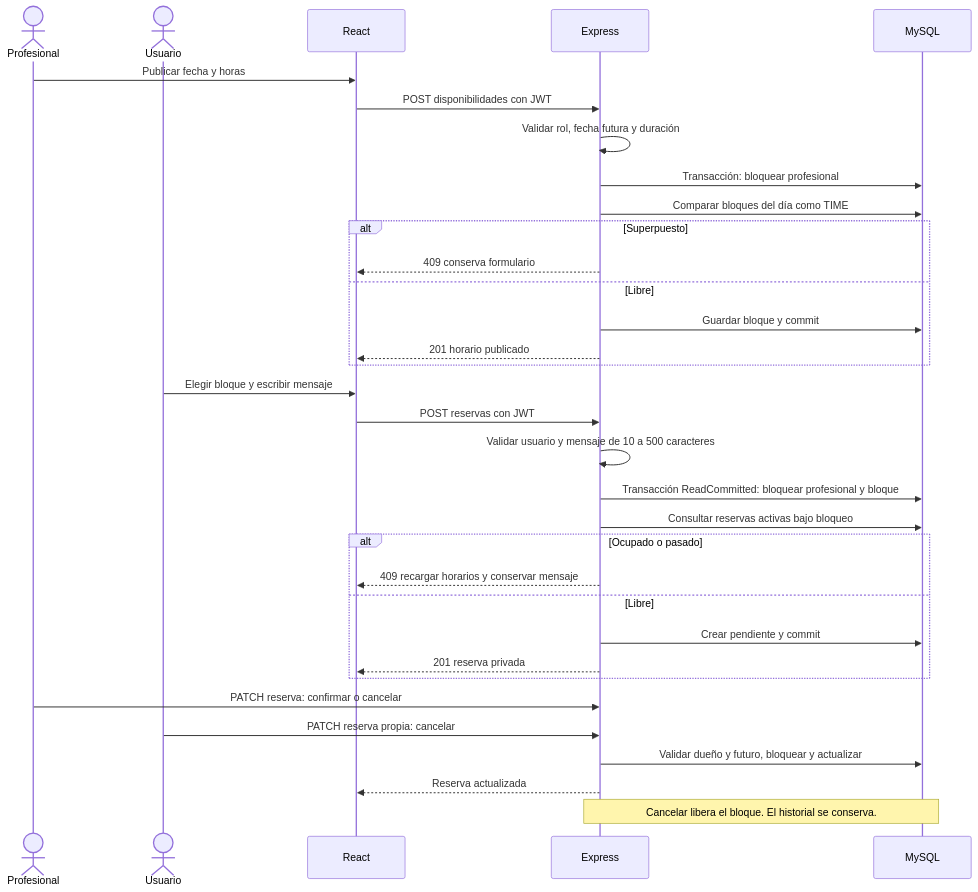
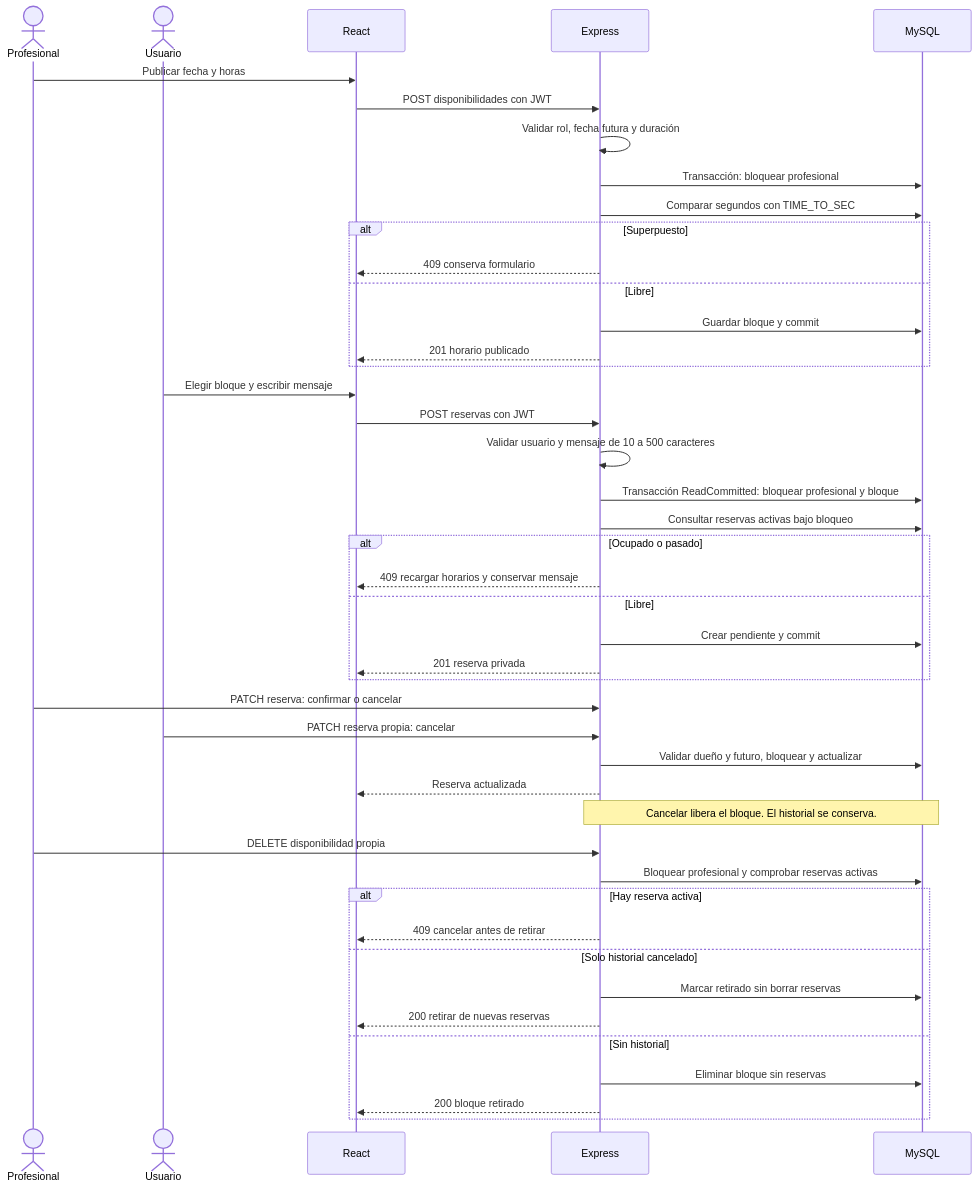
The diagram in FASE 2/Evidencias Proyecto/Evidencias de documentación/Diagramas (Miro)/Actualización Sprint 3/12_Disponibilidad_y_Reservas.mmd (rodriacr/FitSearch), drawn with Mermaid before and after one commit. The commit also changed 26 other files, not shown here.

```diff
--- a/FASE 2/Evidencias Proyecto/Evidencias de documentación/Diagramas (Miro)/Actualización Sprint 3/12_Disponibilidad_y_Reservas.mmd
+++ b/FASE 2/Evidencias Proyecto/Evidencias de documentación/Diagramas (Miro)/Actualización Sprint 3/12_Disponibilidad_y_Reservas.mmd
@@ -1,33 +1,44 @@
 sequenceDiagram
   actor P as Profesional
   actor U as Usuario
   participant F as React
   participant A as Express
   participant D as MySQL
   P->>F: Publicar fecha y horas
   F->>A: POST disponibilidades con JWT
   A->>A: Validar rol, fecha futura y duración
   A->>D: Transacción: bloquear profesional
-  A->>D: Comparar bloques del día como TIME
+  A->>D: Comparar segundos con TIME_TO_SEC
   alt Superpuesto
     A-->>F: 409 conserva formulario
   else Libre
     A->>D: Guardar bloque y commit
     A-->>F: 201 horario publicado
   end
   U->>F: Elegir bloque y escribir mensaje
   F->>A: POST reservas con JWT
   A->>A: Validar usuario y mensaje de 10 a 500 caracteres
   A->>D: Transacción ReadCommitted: bloquear profesional y bloque
   A->>D: Consultar reservas activas bajo bloqueo
   alt Ocupado o pasado
     A-->>F: 409 recargar horarios y conservar mensaje
   else Libre
     A->>D: Crear pendiente y commit
     A-->>F: 201 reserva privada
   end
   P->>A: PATCH reserva: confirmar o cancelar
   U->>A: PATCH reserva propia: cancelar
   A->>D: Validar dueño y futuro, bloquear y actualizar
   A-->>F: Reserva actualizada
   Note over A,D: Cancelar libera el bloque. El historial se conserva.
+  P->>A: DELETE disponibilidad propia
+  A->>D: Bloquear profesional y comprobar reservas activas
+  alt Hay reserva activa
+    A-->>F: 409 cancelar antes de retirar
+  else Solo historial cancelado
+    A->>D: Marcar retirado sin borrar reservas
+    A-->>F: 200 retirar de nuevas reservas
+  else Sin historial
+    A->>D: Eliminar bloque sin reservas
+    A-->>F: 200 bloque retirado
+  end
```
